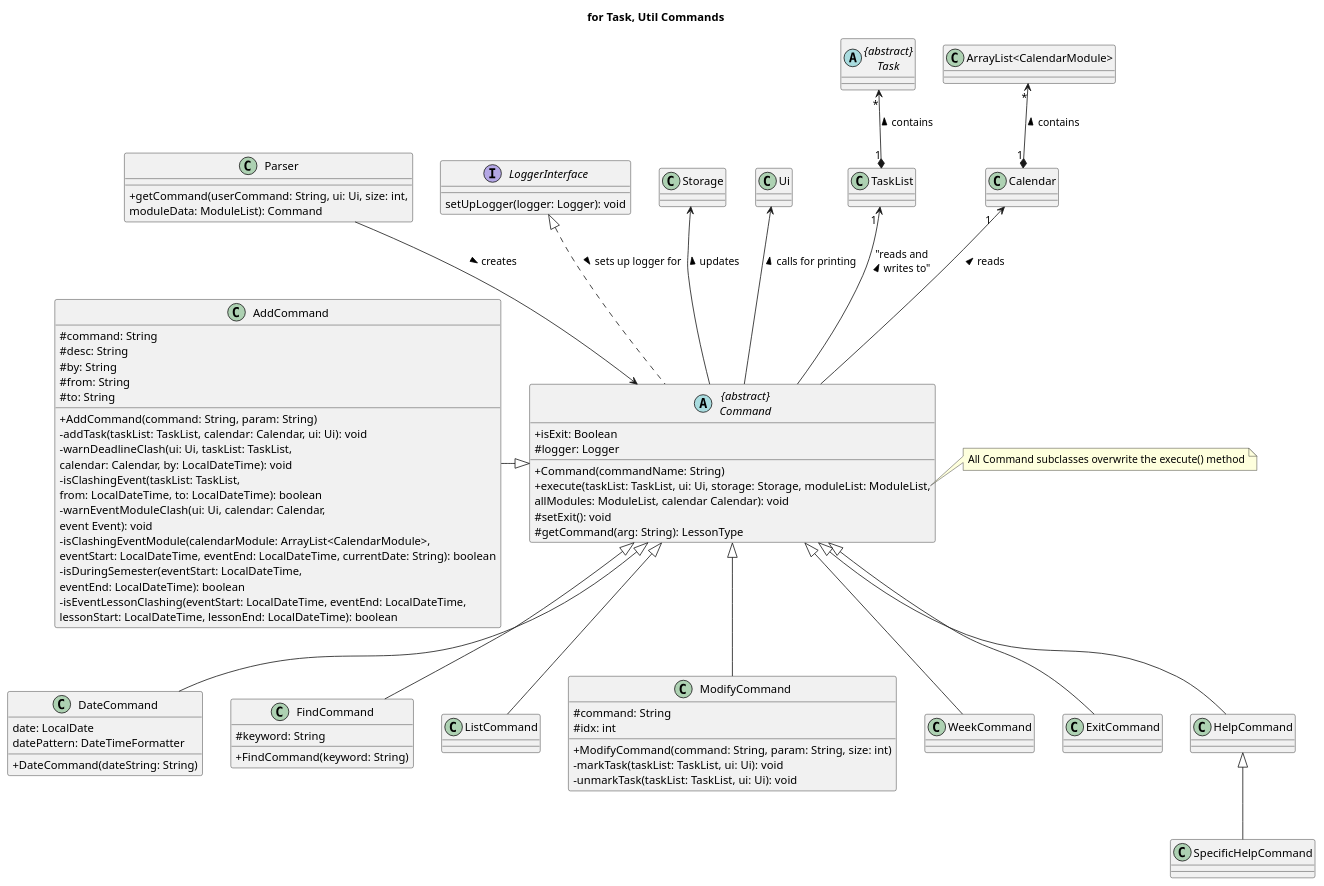
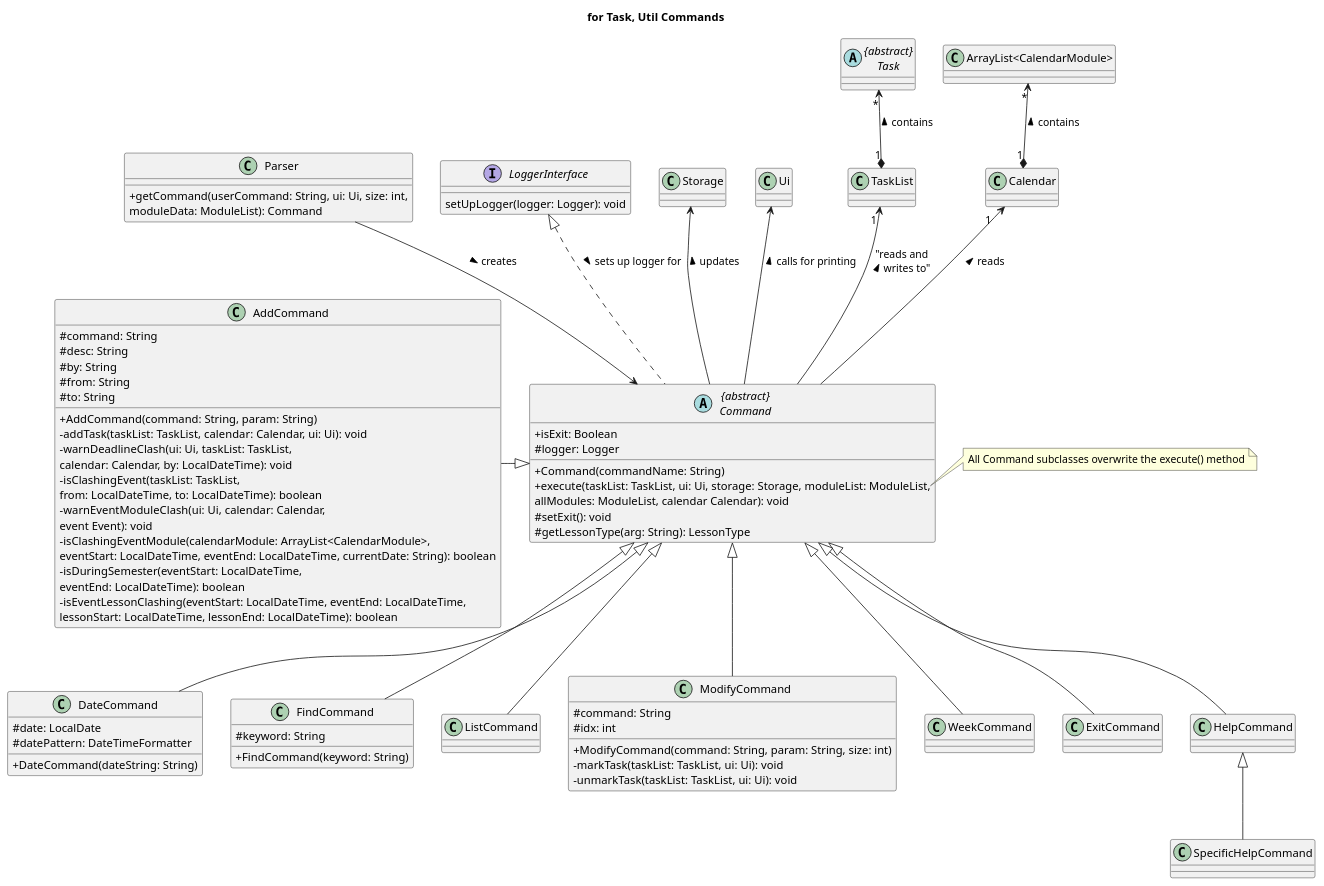
Before and after one commit to nus-cs2113-AY2223S2/tp: the diagram in docs/uml-source/class/Command.puml, drawn with PlantUML. The commit also changed 1 other file, not shown here.

Commit message:
Update diagrams to reflect changes

```diff
--- a/docs/uml-source/class/Command.puml
+++ b/docs/uml-source/class/Command.puml
@@ -1,102 +1,102 @@
 @startuml
 'https://plantuml.com/class-diagram
 skinparam classAttributeIconSize 0
 
 title for Task, Util Commands
 
 class Parser {
 + getCommand(userCommand: String, ui: Ui, size: int,
 moduleData: ModuleList): Command
 }
 Parser --> Command : creates >
 
 abstract class "{abstract}\nCommand" as Command {
 + isExit: Boolean
 # logger: Logger
 + Command(commandName: String)
 + execute(taskList: TaskList, ui: Ui, storage: Storage, moduleList: ModuleList,
 allModules: ModuleList, calendar Calendar): void
 # setExit(): void
-# getCommand(arg: String): LessonType
+# getLessonType(arg: String): LessonType
 }
 
 note right of Command::execute
     All Command subclasses overwrite the execute() method
 end note
 
 interface LoggerInterface {
 setUpLogger(logger: Logger): void
 }
 LoggerInterface <|.. Command : sets up logger for >
 
 class AddCommand {
 # command: String
 # desc: String
 # by: String
 # from: String
 # to: String
 __
 + AddCommand(command: String, param: String)
 - addTask(taskList: TaskList, calendar: Calendar, ui: Ui): void
 - warnDeadlineClash(ui: Ui, taskList: TaskList,
 calendar: Calendar, by: LocalDateTime): void
 - isClashingEvent(taskList: TaskList,
 from: LocalDateTime, to: LocalDateTime): boolean
 - warnEventModuleClash(ui: Ui, calendar: Calendar,
 event Event): void
 - isClashingEventModule(calendarModule: ArrayList<CalendarModule>,
 eventStart: LocalDateTime, eventEnd: LocalDateTime, currentDate: String): boolean
 - isDuringSemester(eventStart: LocalDateTime,
 eventEnd: LocalDateTime): boolean
 - isEventLessonClashing(eventStart: LocalDateTime, eventEnd: LocalDateTime,
 lessonStart: LocalDateTime, lessonEnd: LocalDateTime): boolean
 }
 AddCommand -|> Command
 
 class DateCommand {
-date: LocalDate
-datePattern: DateTimeFormatter
+# date: LocalDate
+# datePattern: DateTimeFormatter
 + DateCommand(dateString: String)
 }
 Command <|-- DateCommand
 
 class FindCommand{
 # keyword: String
 + FindCommand(keyword: String)
 }
 Command <|-- FindCommand
 
 class ListCommand
 Command <|-- ListCommand
 
 class ModifyCommand{
 # command: String
 # idx: int
 +ModifyCommand(command: String, param: String, size: int)
 -markTask(taskList: TaskList, ui: Ui): void
 -unmarkTask(taskList: TaskList, ui: Ui): void
 }
 Command <|-- ModifyCommand
 
 class WeekCommand
 Command <|-- WeekCommand
 
 class ExitCommand
 Command <|-- ExitCommand
 
 class HelpCommand
 Command <|-- HelpCommand
 
 class SpecificHelpCommand
 HelpCommand <|-- SpecificHelpCommand
 
 Storage <-- Command : updates <
 Ui <-- Command : calls for printing <
 TaskList "1 " <-- Command : "reads and\n writes to" <
 abstract class "{abstract}\nTask" as Task
 Task "*" <--* "1" TaskList : contains <
 Calendar "1   " <-- Command : reads <
 "ArrayList<CalendarModule>" "*" <--* "1" Calendar : contains <
 
 
 @enduml
```
